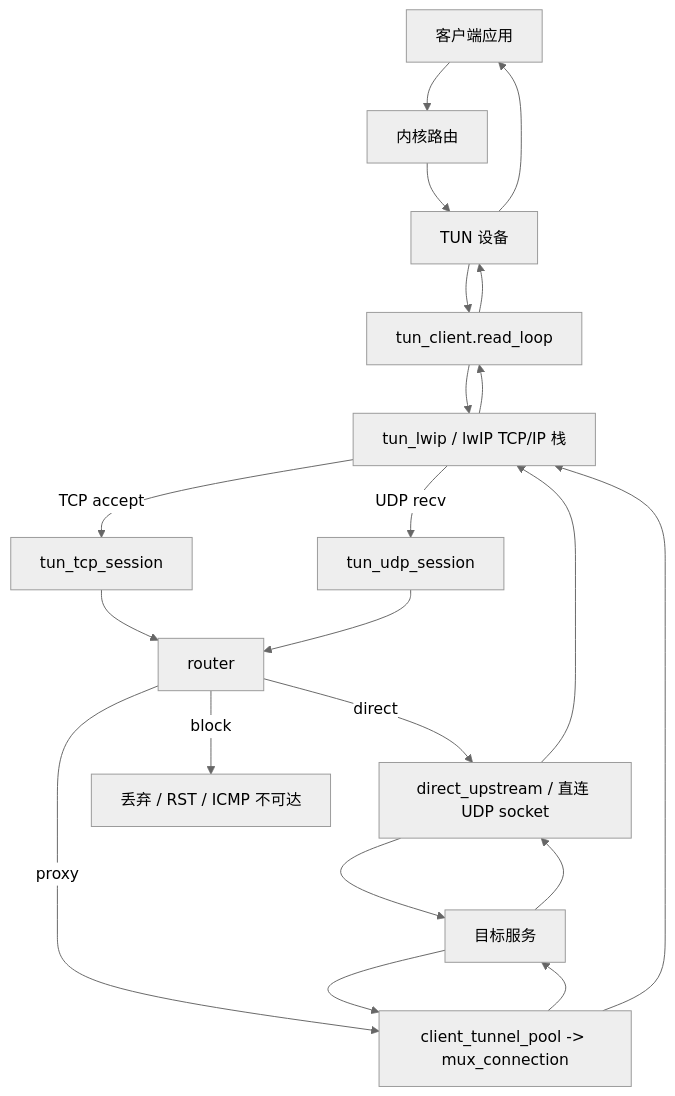
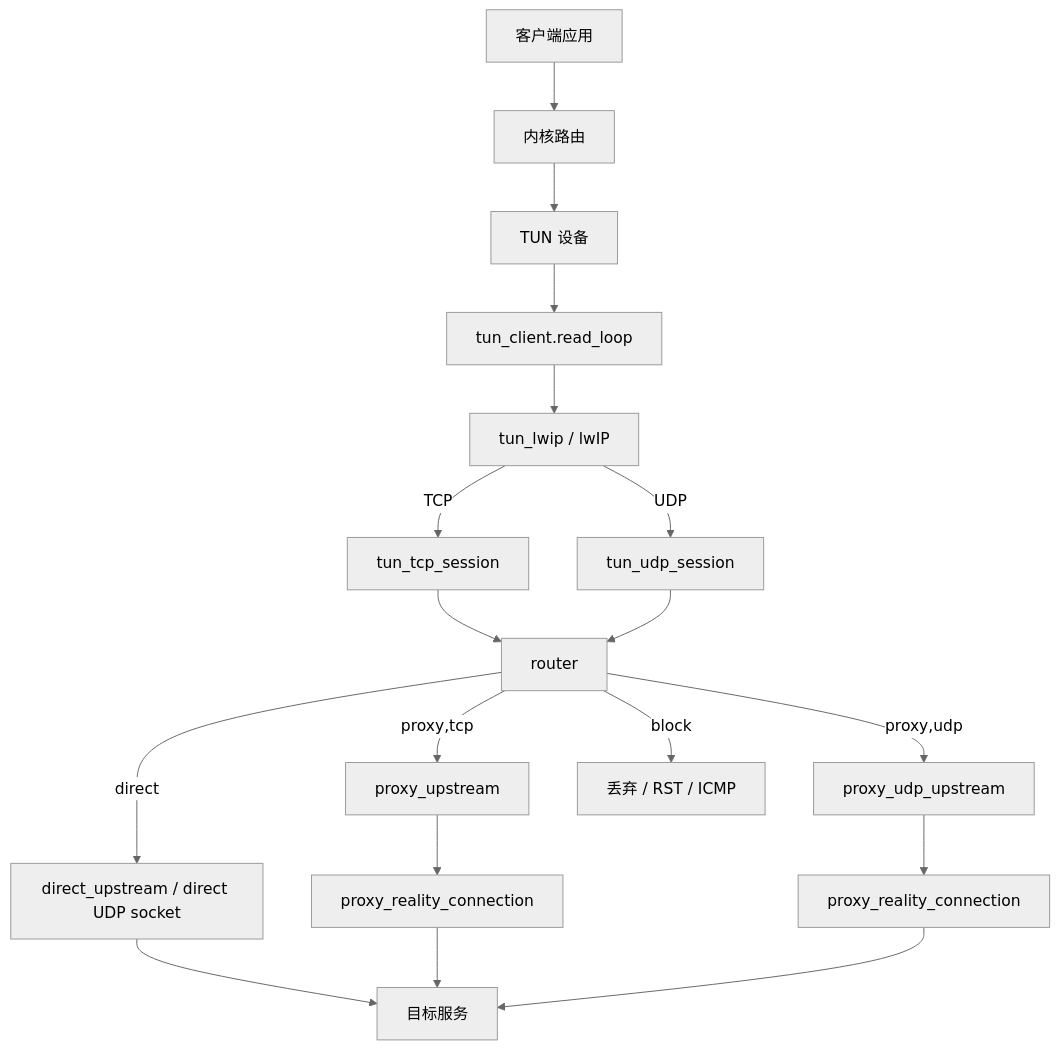
Before and after one commit to gyl30/socks: the fifth of 5 diagrams in doc/flow.md, drawn with Mermaid (neutral theme). The commit also changed other lines of this file and 20 other files, not shown here.

````diff
--- a/doc/flow.md
+++ b/doc/flow.md
@@ -238,28 +203,24 @@
 ```mermaid
 flowchart TD
-  App[客户端应用] --> Route[内核路由]
-  Route --> TunDev[TUN 设备]
+  App[客户端应用] --> Kernel[内核路由]
+  Kernel --> TunDev[TUN 设备]
   TunDev --> TunClient["tun_client.read_loop"]
-  TunClient --> Lwip["tun_lwip / lwIP TCP/IP 栈"]
+  TunClient --> Lwip["tun_lwip / lwIP"]
 
-  Lwip -->|TCP accept| TunTcp["tun_tcp_session"]
-  Lwip -->|UDP recv| TunUdp["tun_udp_session"]
+  Lwip -->|TCP| TunTcp[tun_tcp_session]
+  Lwip -->|UDP| TunUdp[tun_udp_session]
 
   TunTcp --> Router[router]
   TunUdp --> Router
 
-  Router -->|direct| Direct[direct_upstream / 直连 UDP socket]
-  Router -->|proxy| Proxy["client_tunnel_pool -> mux_connection"]
-  Router -->|block| Block[丢弃 / RST / ICMP 不可达]
+  Router -->|direct| Direct[direct_upstream / direct UDP socket]
+  Router -->|proxy,tcp| ProxyTcp[proxy_upstream]
+  Router -->|proxy,udp| ProxyUdp[proxy_udp_upstream]
+  Router -->|block| Block[丢弃 / RST / ICMP]
 
   Direct --> Target[目标服务]
-  Proxy --> Target
-
-  Target --> Direct
-  Target --> Proxy
-  Direct --> Lwip
-  Proxy --> Lwip
-  Lwip --> TunClient
-  TunClient --> TunDev
-  TunDev --> App
+  ProxyTcp --> ConnTcp[proxy_reality_connection]
+  ProxyUdp --> ConnUdp[proxy_reality_connection]
+  ConnTcp --> Target
+  ConnUdp --> Target
 ```
````
